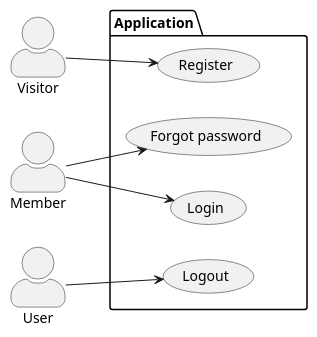
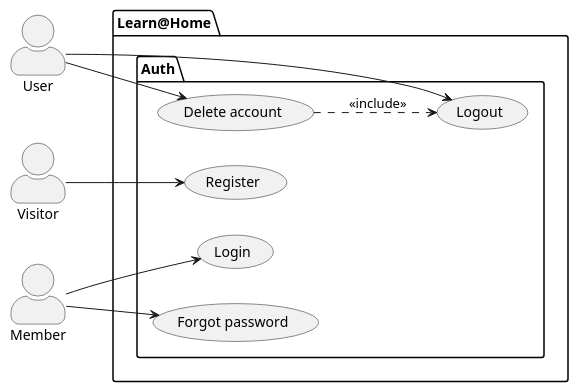
Before and after one commit to Zuruuh/dev4u: the diagram in diagrams/use_cases/auth.puml, drawn with PlantUML. The commit also changed 4 other files, not shown here.

Commit message:
✨ Created all use cases diagrams

```diff
--- a/diagrams/use_cases/auth.puml
+++ b/diagrams/use_cases/auth.puml
@@ -1,22 +1,28 @@
 @startuml Authentication
 
 skinparam actorStyle awesome
 left to right direction
 
 actor "Visitor" as visitor
 actor "Member"as member
 actor "User" as user
 
-package Application {
-    usecase Login as login
-    usecase Register as register
-    usecase "Forgot password" as forgot_password
-    usecase Logout as logout
+package Learn@Home {
+    package Auth {
+        usecase "Login" as login
+        usecase "Register" as register
+        usecase "Forgot password" as forgot_password
+        usecase "Logout" as logout
+        usecase "Delete account" as delete_account
+    }
 }
 
 visitor --> register
-member --> login
-member --> forgot_password
-user --> logout
+member  --> login
+member  --> forgot_password
+user    --> logout
+user    --> delete_account
+
+delete_account ..> logout : <<include>>
 
 @enduml
```
